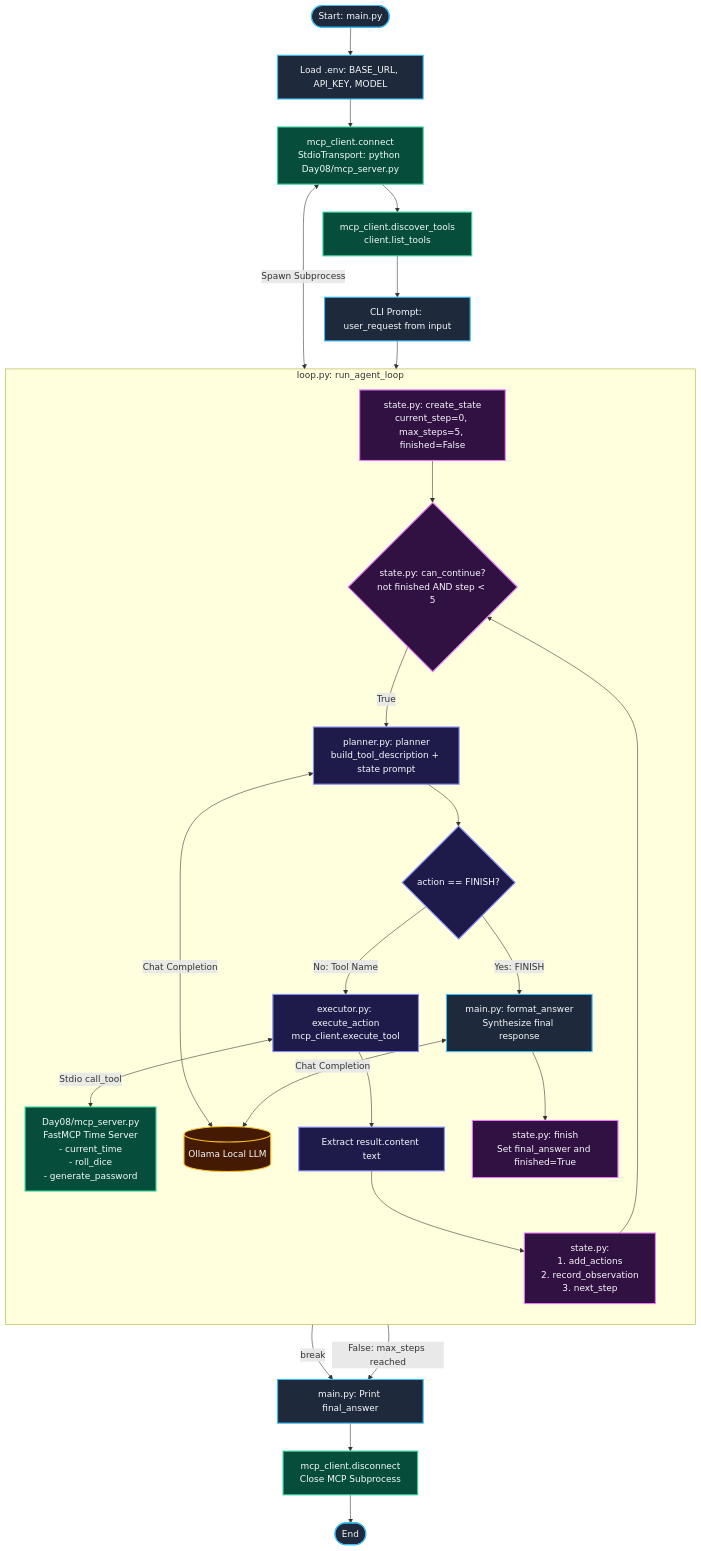
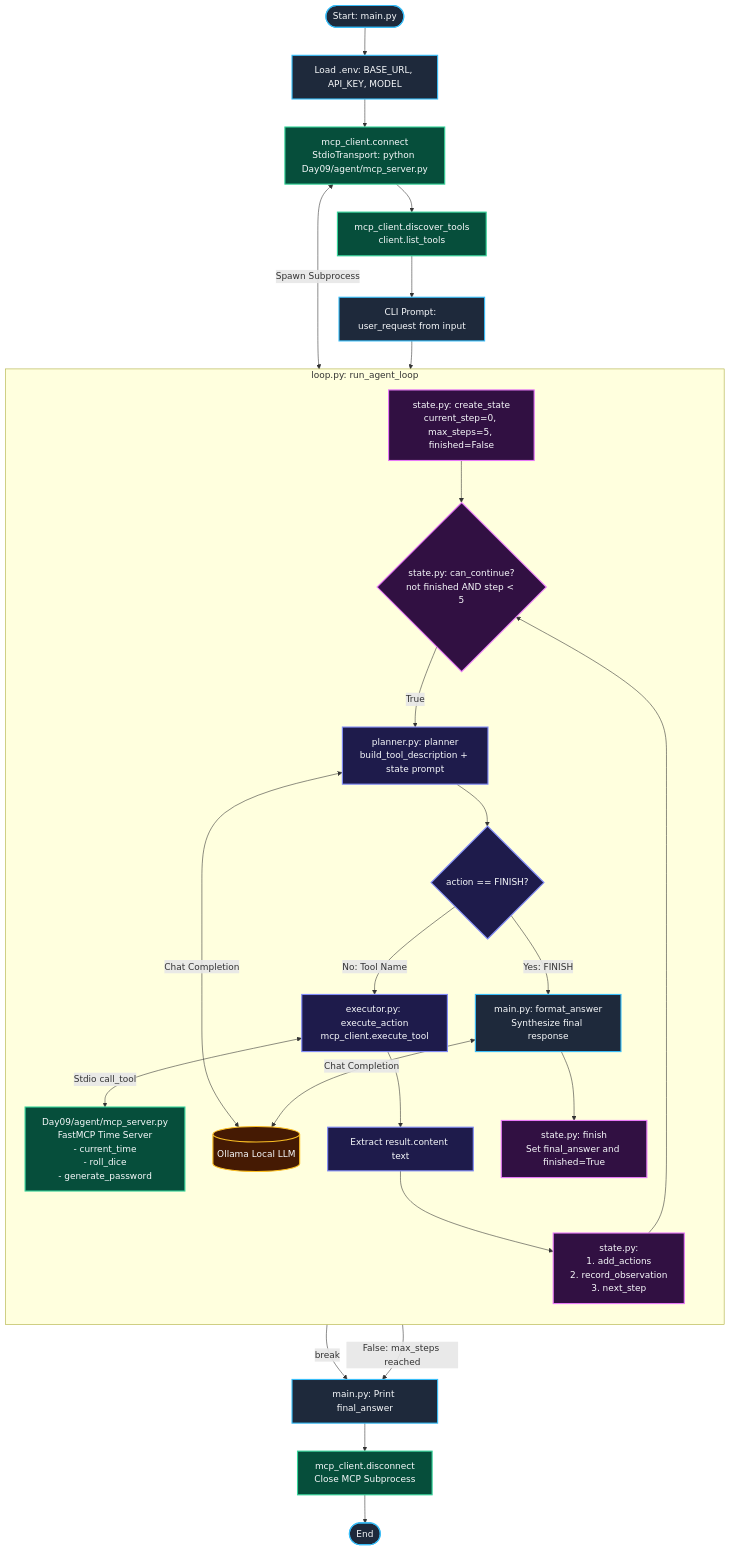
The diagram in README.md (ptandon1985/firstpythonaiagent), drawn with Mermaid before and after one commit.

Commit message:
Update mcp_server.py path in README

````diff
--- a/README.md
+++ b/README.md
@@ -9,38 +9,38 @@
 ```mermaid
 flowchart TD
     classDef main fill:#1e293b,stroke:#38bdf8,stroke-width:2px,color:#f8fafc
     classDef state fill:#311042,stroke:#e879f9,stroke-width:2px,color:#f8fafc
     classDef loop fill:#1e1b4b,stroke:#818cf8,stroke-width:2px,color:#f8fafc
     classDef mcp fill:#064e3b,stroke:#34d399,stroke-width:2px,color:#f8fafc
     classDef llm fill:#451a03,stroke:#fbbf24,stroke-width:2px,color:#f8fafc
 
     Start(["Start: main.py"]):::main --> LoadEnv["Load .env: BASE_URL, API_KEY, MODEL"]:::main
-    LoadEnv --> Connect["mcp_client.connect<br>StdioTransport: python Day08/mcp_server.py"]:::mcp
-    Connect <-->|"Spawn Subprocess"| MCPServer["Day08/mcp_server.py<br>FastMCP Time Server<br>- current_time<br>- roll_dice<br>- generate_password"]:::mcp
+    LoadEnv --> Connect["mcp_client.connect<br>StdioTransport: python Day09/agent/mcp_server.py"]:::mcp
+    Connect <-->|"Spawn Subprocess"| MCPServer["Day09/agent/mcp_server.py<br>FastMCP Time Server<br>- current_time<br>- roll_dice<br>- generate_password"]:::mcp
     Connect --> Discover["mcp_client.discover_tools<br>client.list_tools"]:::mcp
     Discover --> UserIn["CLI Prompt: user_request from input"]:::main
     UserIn --> InitState["state.py: create_state<br>current_step=0, max_steps=5, finished=False"]:::state
 
     subgraph AgentLoop["loop.py: run_agent_loop"]
         direction TB
         InitState --> Guard{"state.py: can_continue?<br>not finished AND step < 5"}:::state
         Guard -->|"True"| Planner["planner.py: planner<br>build_tool_description + state prompt"]:::loop
         Planner <-->|"Chat Completion"| Ollama[("Ollama Local LLM")]:::llm
         Planner --> CheckAction{"action == FINISH?"}:::loop
 
         CheckAction -->|"No: Tool Name"| Exec["executor.py: execute_action<br>mcp_client.execute_tool"]:::loop
         Exec <-->|"Stdio call_tool"| MCPServer
         Exec --> Unwrap["Extract result.content text"]:::loop
         Unwrap --> Mutate["state.py:<br>1. add_actions<br>2. record_observation<br>3. next_step"]:::state
         Mutate --> Guard
 
         CheckAction -->|"Yes: FINISH"| Format["main.py: format_answer<br>Synthesize final response"]:::main
         Format <-->|"Chat Completion"| Ollama
         Format --> FinishState["state.py: finish<br>Set final_answer and finished=True"]:::state
     end
 
     FinishState -->|"break"| PrintOut["main.py: Print final_answer"]:::main
     Guard -->|"False: max_steps reached"| PrintOut
     PrintOut --> Disconnect["mcp_client.disconnect<br>Close MCP Subprocess"]:::mcp
     Disconnect --> End(["End"]):::main
 ```
````
